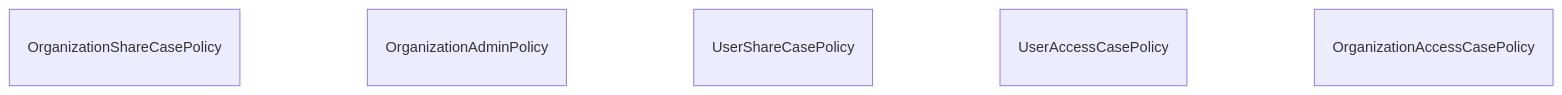
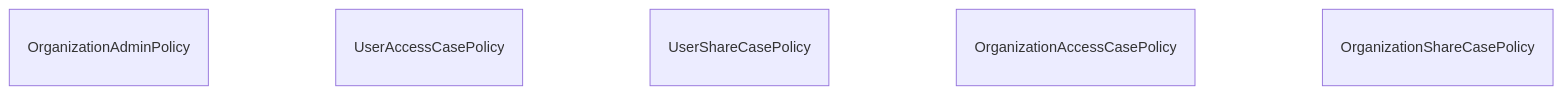
One commit to RIVM-bioinformatics/gen-epix-api changed the diagram in docs/erm/casedb.abac.md. Above: the diagram before and after it, drawn with Mermaid. The commit also changed other lines of this file and 196 other files, not shown here.

````diff
--- a/docs/erm/casedb.abac.md
+++ b/docs/erm/casedb.abac.md
@@ -5,20 +5,20 @@
 ```mermaid
 erDiagram
     %% casedb / ABAC (simplified)
 
-    OrganizationShareCasePolicy {
+    OrganizationAdminPolicy {
     }
 
-    OrganizationAdminPolicy {
+    UserAccessCasePolicy {
     }
 
     UserShareCasePolicy {
     }
 
-    UserAccessCasePolicy {
-    }
-
     OrganizationAccessCasePolicy {
     }
 
+    OrganizationShareCasePolicy {
+    }
+
 ```
````
